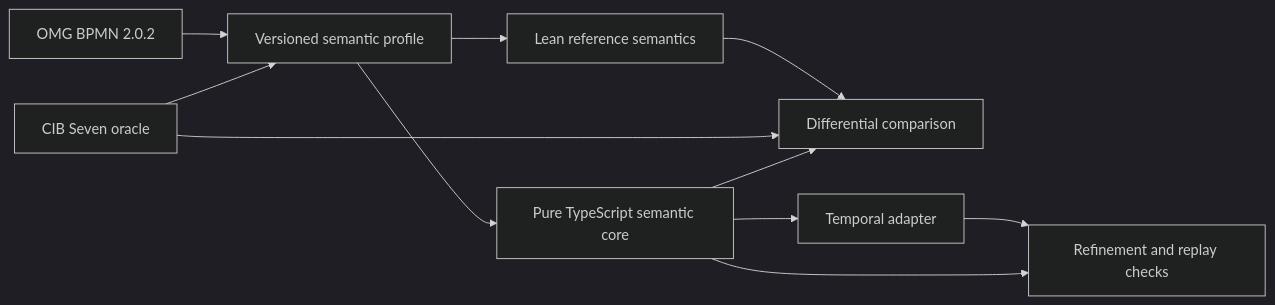
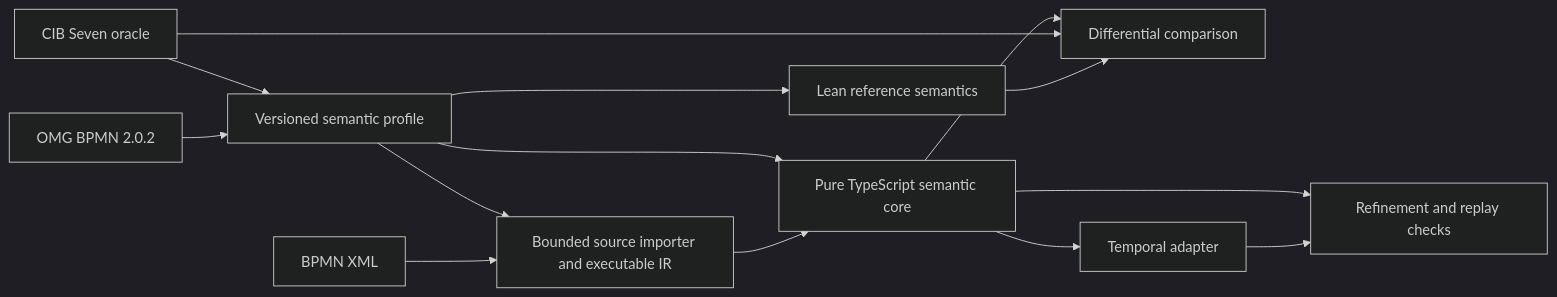
One commit to mbackschat/bpmn-lean-experiment changed the diagram in README.md. Above: the diagram before and after it, drawn with Mermaid (dark theme). The commit also changed other lines of this file and 43 other files, not shown here.

Commit message:
feat(ingestion): compile BPMN XML to executable IR

````diff
--- a/README.md
+++ b/README.md
@@ -35,13 +35,16 @@
 ```mermaid
 flowchart LR
   Standard[OMG BPMN 2.0.2] --> Profile[Versioned semantic profile]
   CIB[CIB Seven oracle] --> Profile
   Profile --> Lean[Lean reference semantics]
+  BPMN[BPMN XML] --> Source[Bounded source importer and executable IR]
+  Profile --> Source
+  Source --> SemanticCore
   Profile --> SemanticCore[Pure TypeScript semantic core]
   Lean --> Diff[Differential comparison]
   CIB --> Diff
   SemanticCore --> Diff
   SemanticCore --> Adapter[Temporal adapter]
   Adapter --> Refine[Refinement and replay checks]
   SemanticCore --> Refine
 ```
````
